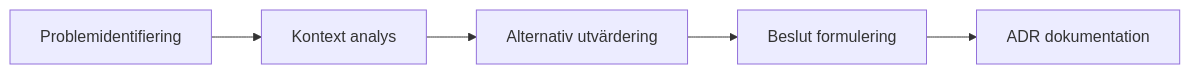
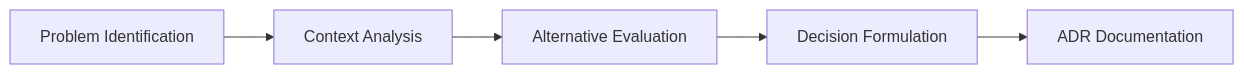
One commit to Geonitab/architecture_as_code changed the diagram in docs/images/diagram_04_adr_process.mmd. Above: the diagram before and after it, drawn with Mermaid. The commit also changed other lines of this file and 2 other files, not shown here.

Commit message:
Translate ADR diagrams to English

```diff
--- a/docs/images/diagram_04_adr_process.mmd
+++ b/docs/images/diagram_04_adr_process.mmd
@@ -1,5 +1,5 @@
 graph LR
-    A[Problemidentifiering]:::kv-primary --> B[Kontext analys]:::kv-highlight
-    B --> C[Alternativ utvärdering]:::kv-accent
-    C --> D[Beslut formulering]:::kv-accent
-    D --> E[ADR dokumentation]:::kv-primary
+    A[Problem Identification]:::kv-primary --> B[Context Analysis]:::kv-highlight
+    B --> C[Alternative Evaluation]:::kv-accent
+    C --> D[Decision Formulation]:::kv-accent
+    D --> E[ADR Documentation]:::kv-primary
```
